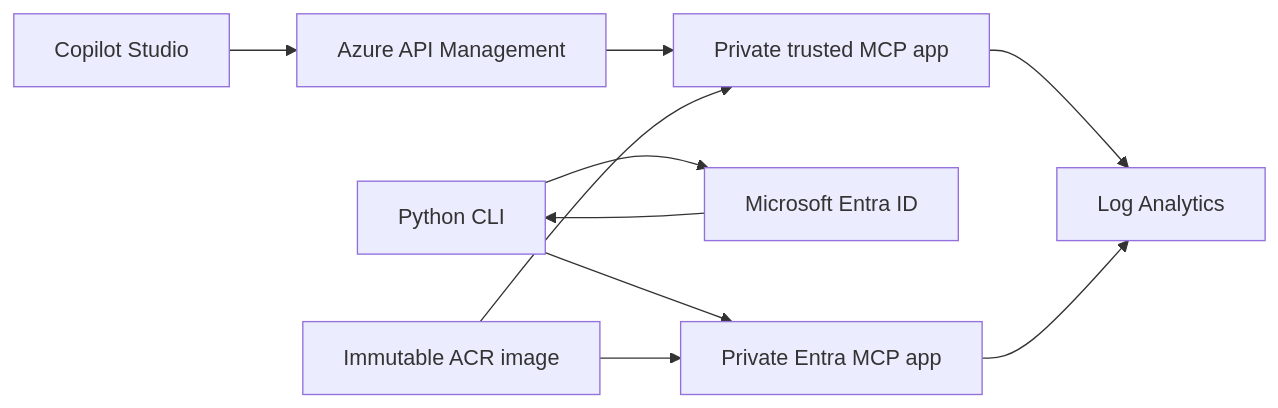
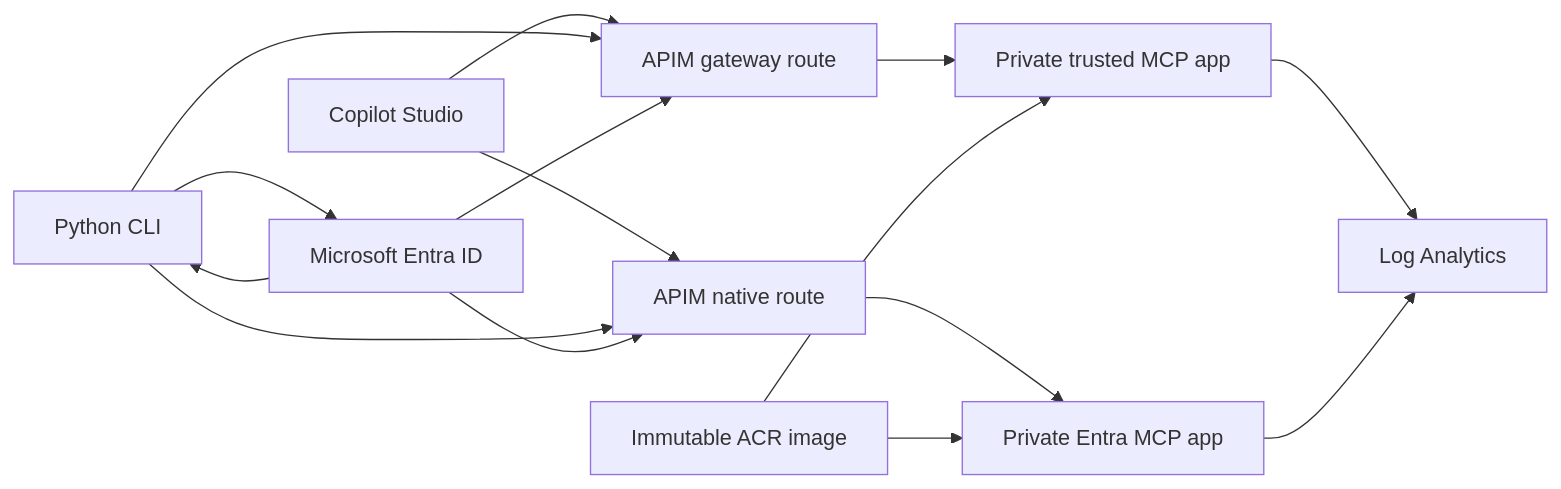
Before and after one commit to microsoft/mcsmcpsample: the diagram in Microsoft Copilot Studio MCP demo.md, drawn with Mermaid. The commit also changed other lines of this file and 12 other files, not shown here.

````diff
--- a/Microsoft Copilot Studio MCP demo.md
+++ b/Microsoft Copilot Studio MCP demo.md
@@ -16,12 +16,17 @@
 ```mermaid
 flowchart LR
-    CS[Copilot Studio] --> APIM[Azure API Management]
-    APIM --> Trusted[Private trusted MCP app]
-    CLI[Python CLI] --> EntraID[Microsoft Entra ID]
-    CLI --> Entra[Private Entra MCP app]
+    CS[Copilot Studio] --> NativeRoute[APIM native route]
+    CS --> GatewayRoute[APIM gateway route]
+    CLI[Python CLI] --> NativeRoute
+    CLI --> GatewayRoute
+    NativeRoute --> Entra[Private Entra MCP app]
+    GatewayRoute --> Trusted[Private trusted MCP app]
+    CLI --> EntraID[Microsoft Entra ID]
     EntraID --> CLI
+    EntraID --> NativeRoute
+    EntraID --> GatewayRoute
     Trusted --> Logs[Log Analytics]
     Entra --> Logs
     Image[Immutable ACR image] --> Trusted
     Image --> Entra
 ```
````
